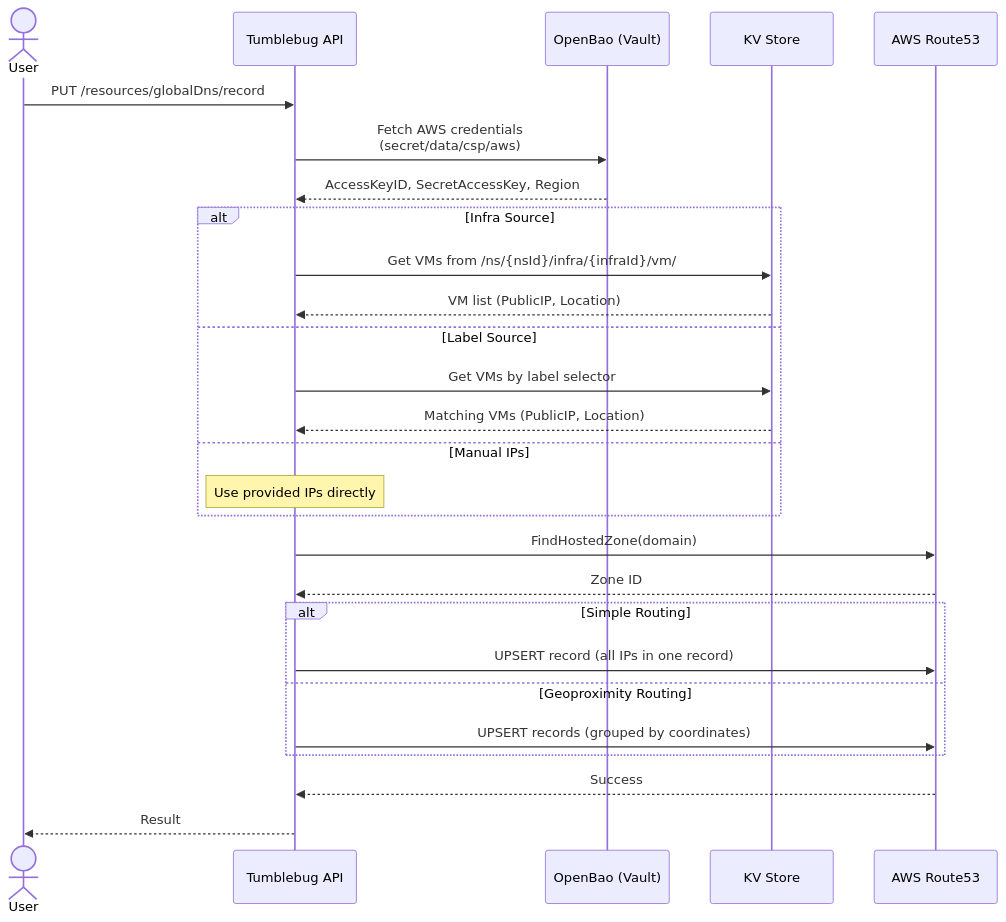
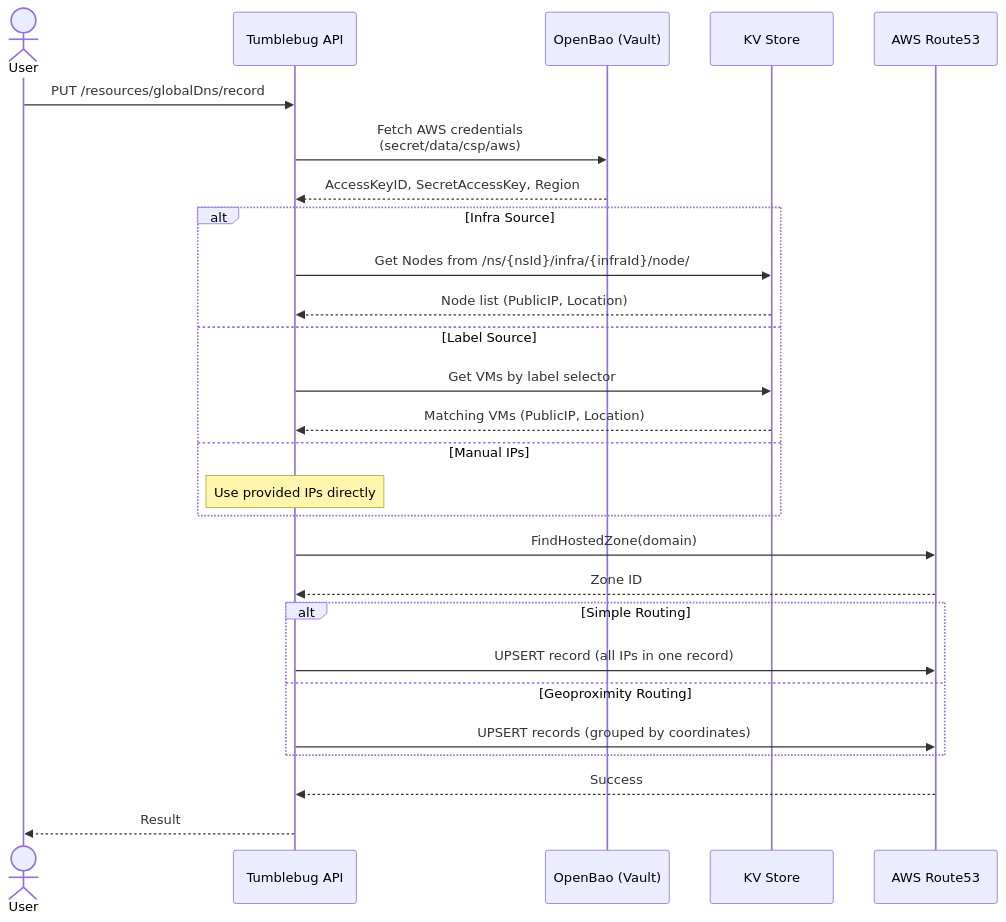
The first of 3 diagrams in docs/feature_guide/global-dns-management.md (cloud-barista/cb-tumblebug), drawn with Mermaid before and after one commit. The commit also changed other lines of this file and 81 other files, not shown here.

````diff
--- a/docs/feature_guide/global-dns-management.md
+++ b/docs/feature_guide/global-dns-management.md
@@ -72,34 +72,34 @@
 ```mermaid
 sequenceDiagram
     actor User
     participant API as Tumblebug API
     participant OpenBao as OpenBao (Vault)
     participant KVStore as KV Store
     participant R53 as AWS Route53
 
     User->>API: PUT /resources/globalDns/record
     API->>OpenBao: Fetch AWS credentials<br/>(secret/data/csp/aws)
     OpenBao-->>API: AccessKeyID, SecretAccessKey, Region
 
     alt Infra Source
-        API->>KVStore: Get VMs from /ns/{nsId}/infra/{infraId}/vm/
-        KVStore-->>API: VM list (PublicIP, Location)
+        API->>KVStore: Get Nodes from /ns/{nsId}/infra/{infraId}/node/
+        KVStore-->>API: Node list (PublicIP, Location)
     else Label Source
         API->>KVStore: Get VMs by label selector
         KVStore-->>API: Matching VMs (PublicIP, Location)
     else Manual IPs
         Note over API: Use provided IPs directly
     end
 
     API->>R53: FindHostedZone(domain)
     R53-->>API: Zone ID
 
     alt Simple Routing
         API->>R53: UPSERT record (all IPs in one record)
     else Geoproximity Routing
         API->>R53: UPSERT records (grouped by coordinates)
     end
 
     R53-->>API: Success
     API-->>User: Result
 ```
````
